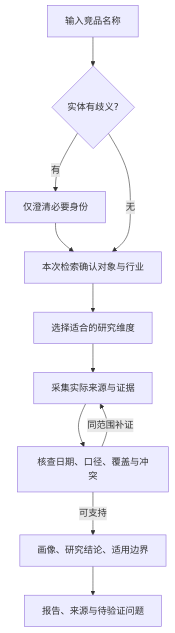
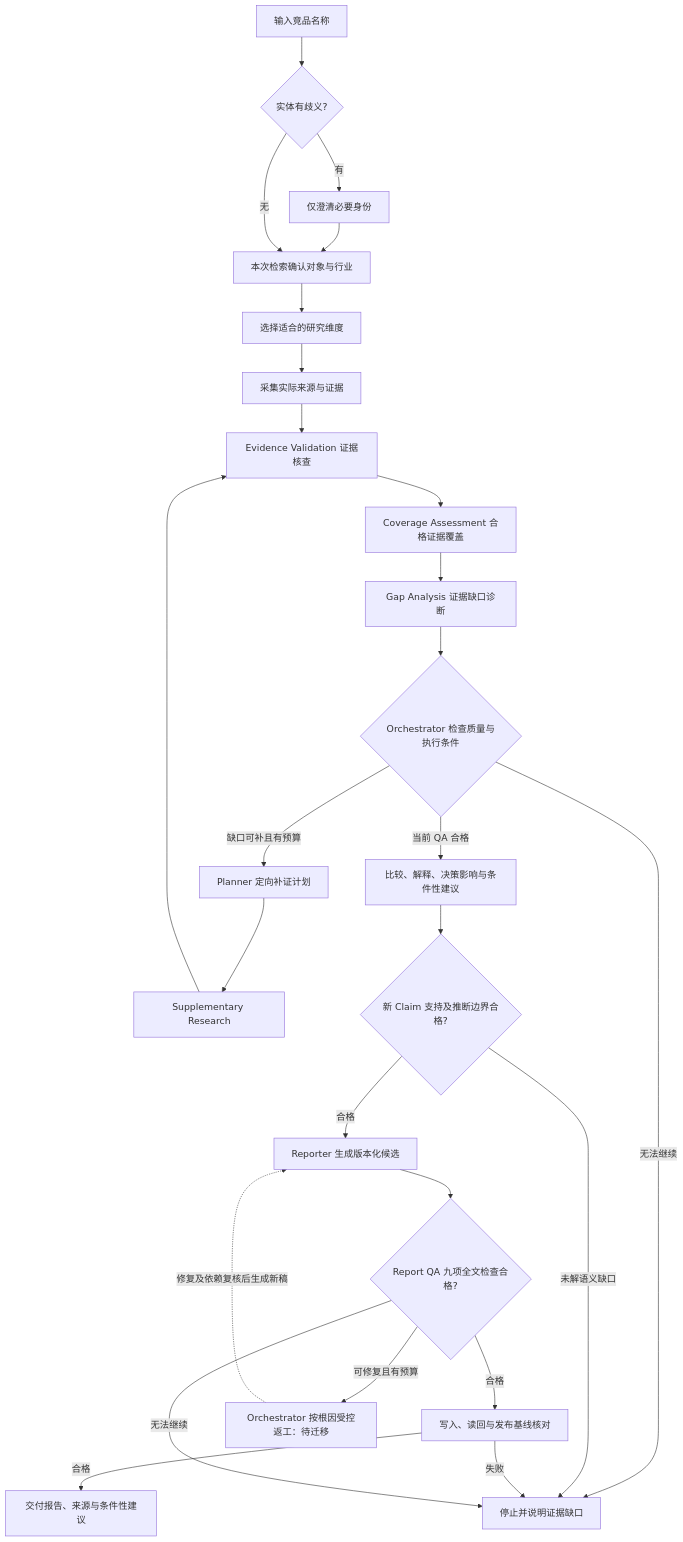
The diagram in skills/steal-her-heart/references/research-workflow.md (sakura1412/steal-her-heart), drawn with Mermaid before and after one commit. The commit also changed other lines of this file and 27 other files, not shown here.

Commit message:
docs: define research architecture and product rules through v0.30

````diff
--- a/skills/steal-her-heart/references/research-workflow.md
+++ b/skills/steal-her-heart/references/research-workflow.md
@@ -5,13 +7,28 @@
 ```mermaid
 flowchart TD
   A[输入竞品名称] --> B{实体有歧义?}
   B -->|有| C[仅澄清必要身份]
   C --> D[本次检索确认对象与行业]
   B -->|无| D
   D --> E[选择适合的研究维度]
   E --> F[采集实际来源与证据]
-  F --> G[核查日期、口径、覆盖与冲突]
-  G -->|同范围补证| F
-  G -->|可支持| H[画像、研究结论、适用边界]
-  H --> I[报告、来源与待验证问题]
+  F --> V[Evidence Validation 证据核查]
+  V --> W[Coverage Assessment 合格证据覆盖]
+  W --> X[Gap Analysis 证据缺口诊断]
+  X --> G{Orchestrator 检查质量与执行条件}
+  G -->|缺口可补且有预算| P[Planner 定向补证计划]
+  P --> S[Supplementary Research]
+  S --> V
+  G -->|当前 QA 合格| H[比较、解释、决策影响与条件性建议]
+  G -->|无法继续| Z[停止并说明证据缺口]
+  H --> J{新 Claim 支持及推断边界合格?}
+  J -->|合格| T[Reporter 生成版本化候选]
+  J -->|未解语义缺口| Z
+  T --> Q{Report QA 九项全文检查合格?}
+  Q -->|合格| R[写入、读回与发布基线核对]
+  R -->|合格| I[交付报告、来源与条件性建议]
+  R -->|失败| Z
+  Q -->|可修复且有预算| K[Orchestrator 按根因受控返工：待迁移]
+  K -. 修复及依赖复核后生成新稿 .-> T
+  Q -->|无法继续| Z
 ```
````
